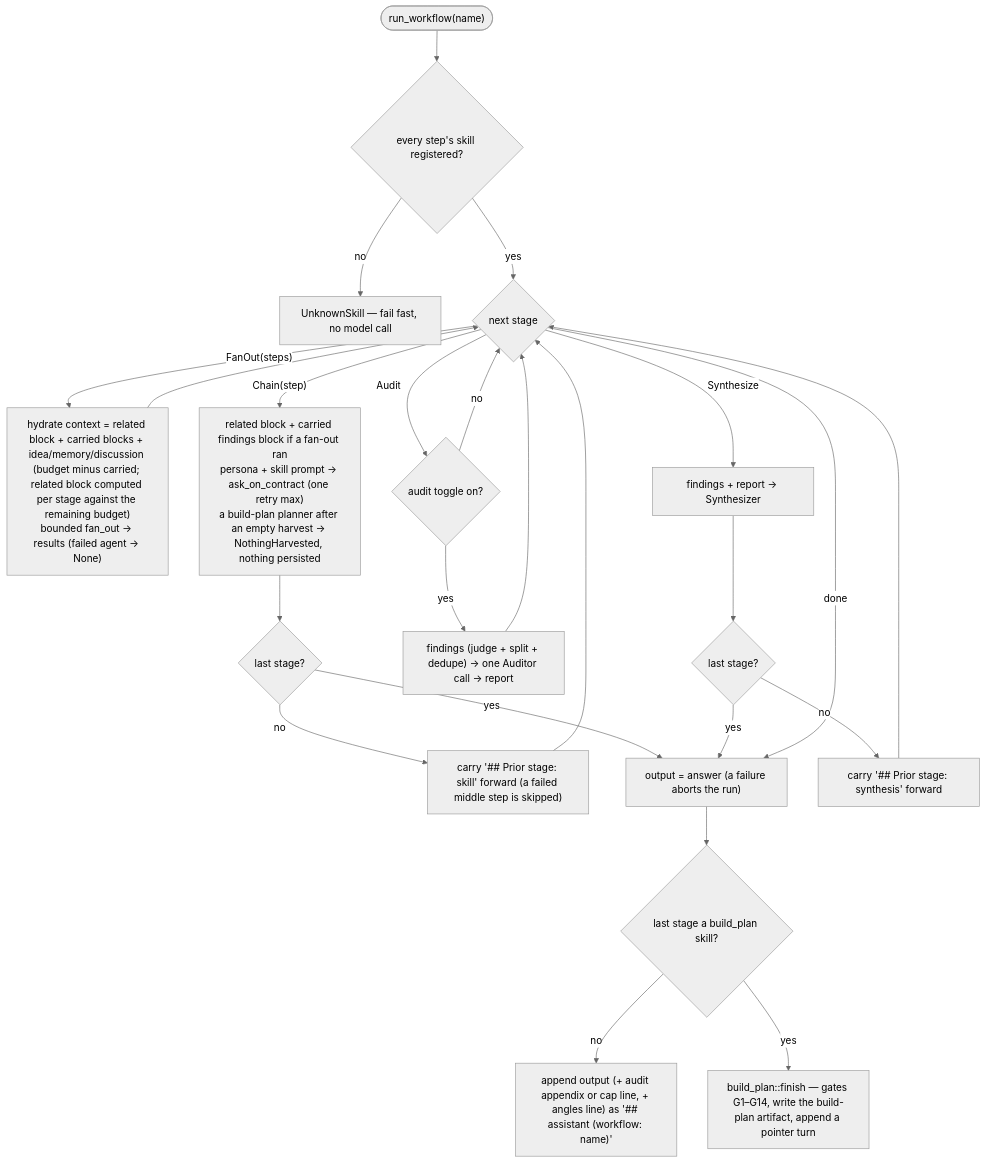
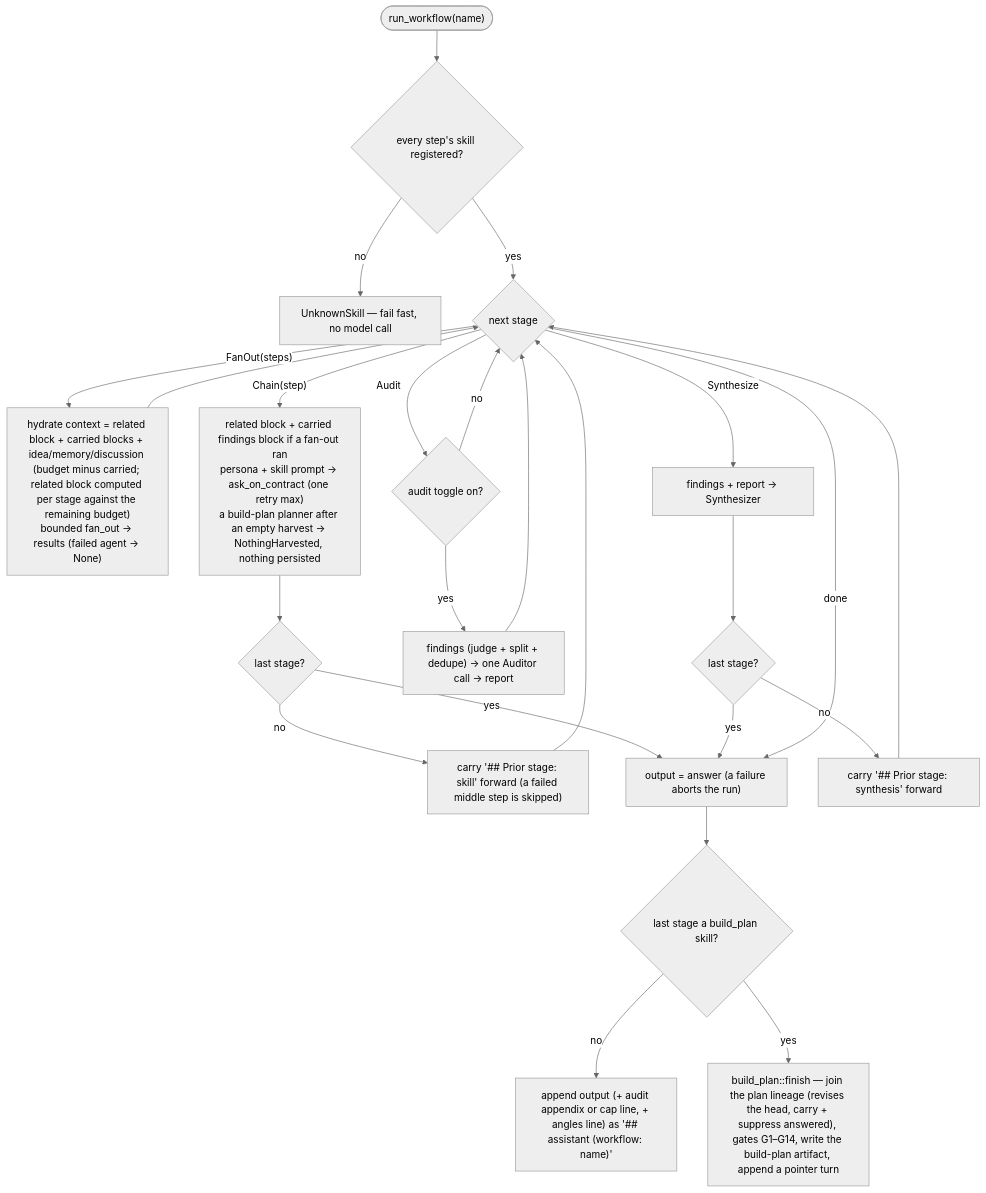
Before and after one commit to jasdian/idea-vault: the second of 2 diagrams in docs/06-concepts/workflows.md, drawn with Mermaid (neutral theme). The commit also changed other lines of this file and 16 other files, not shown here.

````diff
--- a/docs/06-concepts/workflows.md
+++ b/docs/06-concepts/workflows.md
@@ -69,24 +69,24 @@
 ```mermaid
 flowchart TD
     START(["run_workflow(name)"]) --> CHECK{"every step's skill registered?"}
     CHECK -->|no| UNK["UnknownSkill — fail fast, no model call"]
     CHECK -->|yes| NEXT{"next stage"}
 
     NEXT -->|"FanOut(steps)"| FO["hydrate context = related block + carried blocks + idea/memory/discussion (budget minus carried; related block computed per stage against the remaining budget)<br/>bounded fan_out → results (failed agent → None)"]
     FO --> NEXT
     NEXT -->|"Chain(step)"| CH["related block + carried findings block if a fan-out ran<br/>persona + skill prompt → ask_on_contract (one retry max)<br/>a build-plan planner after an empty harvest → NothingHarvested, nothing persisted"]
     CH --> LASTC{"last stage?"}
     LASTC -->|"no"| CARRY["carry '## Prior stage: skill' forward (a failed middle step is skipped)"] --> NEXT
     LASTC -->|"yes"| OUT["output = answer (a failure aborts the run)"]
     NEXT -->|"Audit"| AUD{"audit toggle on?"}
     AUD -->|"no"| NEXT
     AUD -->|"yes"| AU["findings (judge + split + dedupe) → one Auditor call → report"] --> NEXT
     NEXT -->|"Synthesize"| SY["findings + report → Synthesizer"]
     SY --> LASTS{"last stage?"}
     LASTS -->|"no"| CARRY2["carry '## Prior stage: synthesis' forward"] --> NEXT
     LASTS -->|"yes"| OUT
     NEXT -->|"done"| OUT
     OUT --> PLAN{"last stage a build_plan skill?"}
     PLAN -->|"no"| PERSIST["append output (+ audit appendix or cap line, + angles line) as '## assistant (workflow: name)'"]
-    PLAN -->|"yes"| FINISH["build_plan::finish — gates G1–G14, write the build-plan artifact, append a pointer turn"]
+    PLAN -->|"yes"| FINISH["build_plan::finish — join the plan lineage (revises the head, carry + suppress answered), gates G1–G14, write the build-plan artifact, append a pointer turn"]
 ```
````
